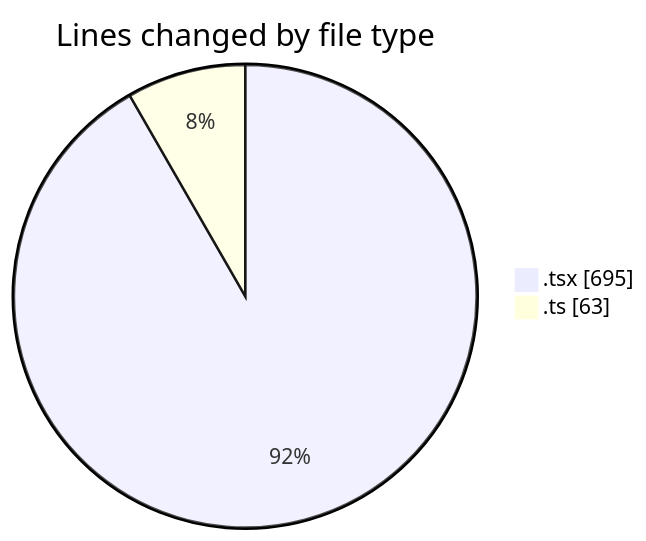
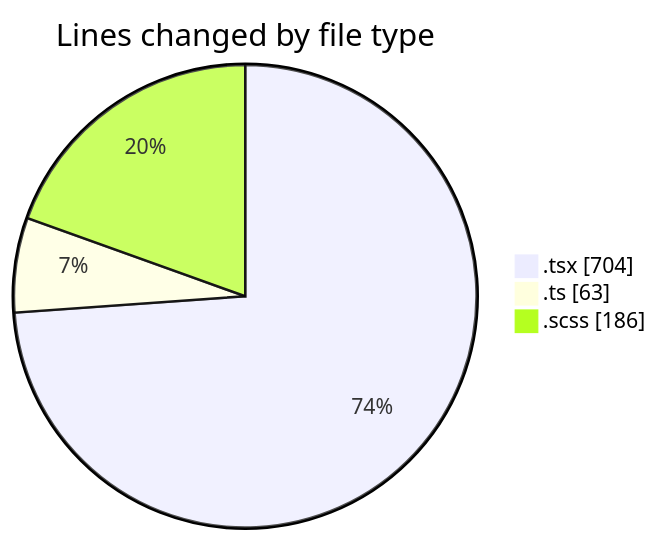
The first of 2 diagrams in 2025-04-02/cda/README.md (momahboobian/code-tracking), drawn with Mermaid before and after one commit. The commit also changed other lines of this file and 1 other file, not shown here.

````diff
--- a/2025-04-02/cda/README.md
+++ b/2025-04-02/cda/README.md
@@ -24,6 +25,7 @@
 ```mermaid
 pie showData
 title Lines changed by file type
-".tsx" : 695
+".tsx" : 704
 ".ts" : 63
+".scss" : 186
 ```
````
